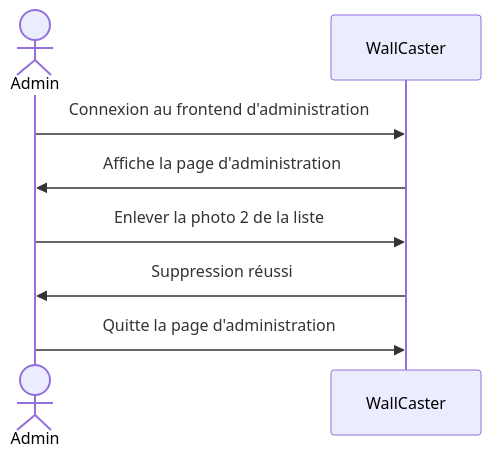
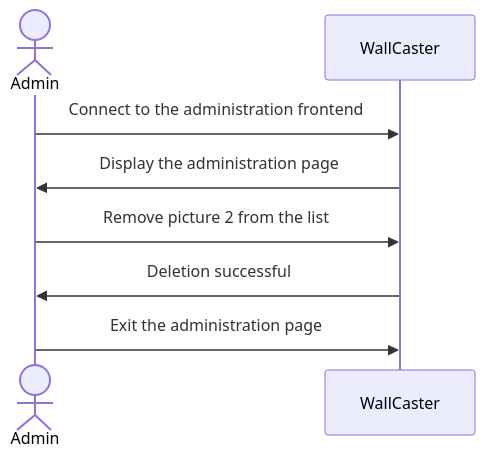
Before and after one commit to WallCaster/WallCaster: the second of 17 diagrams in doc/analisis-report.md, drawn with Mermaid. The commit also changed other lines of this file, not shown here.

````diff
--- a/doc/analisis-report.md
+++ b/doc/analisis-report.md
@@ -90,11 +90,11 @@
 ```mermaid
 sequenceDiagram
   actor Admin
   participant S as WallCaster
 
-  Admin ->> S : Connexion au frontend d'administration
-  S ->> Admin : Affiche la page d'administration
-  Admin ->> S : Enlever la photo 2 de la liste
-  S ->> Admin : Suppression réussi
-  Admin ->> S : Quitte la page d'administration
+  Admin ->> S : Connect to the administration frontend
+  S ->> Admin : Display the administration page
+  Admin ->> S : Remove picture 2 from the list
+  S ->> Admin : Deletion successful
+  Admin ->> S : Exit the administration page
 ```
````
